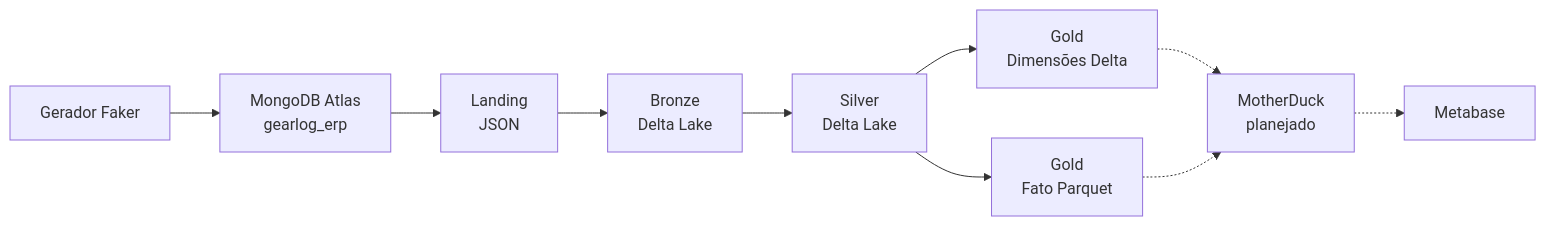
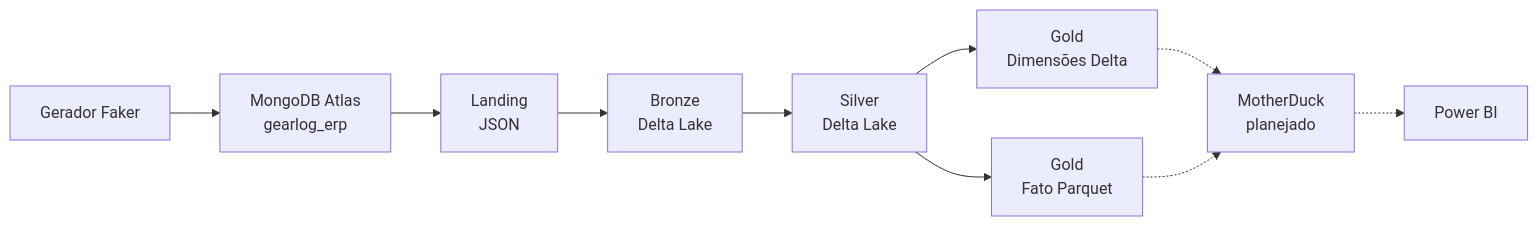
Before and after one commit to frank-cardoso/projeto-ed-satc: the diagram in docs/index.md, drawn with Mermaid. The commit also changed other lines of this file and 11 other files, not shown here.

Commit message:
docs: migra arquitetura do Metabase para Power BI

````diff
--- a/docs/index.md
+++ b/docs/index.md
@@ -43,12 +43,12 @@
 ```mermaid
 flowchart LR
     G["Gerador Faker"] --> M["MongoDB Atlas<br/>gearlog_erp"]
     M --> L["Landing<br/>JSON"]
     L --> B["Bronze<br/>Delta Lake"]
     B --> S["Silver<br/>Delta Lake"]
     S --> D["Gold<br/>Dimensões Delta"]
     S --> F["Gold<br/>Fato Parquet"]
     D -.-> MD["MotherDuck<br/>planejado"]
     F -.-> MD
-    MD -.-> MB["Metabase"]
+    MD -.-> PB["Power BI"]
 ```
````
